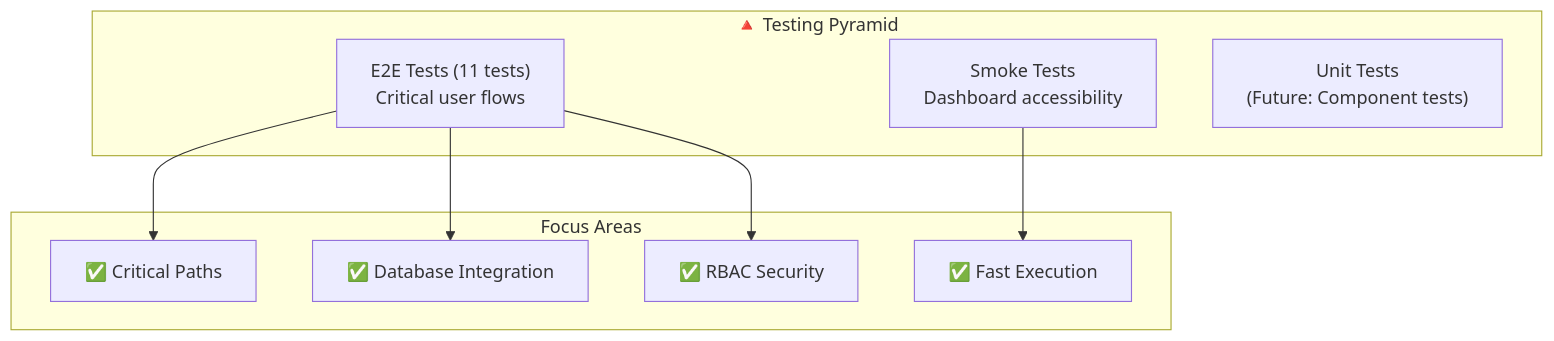
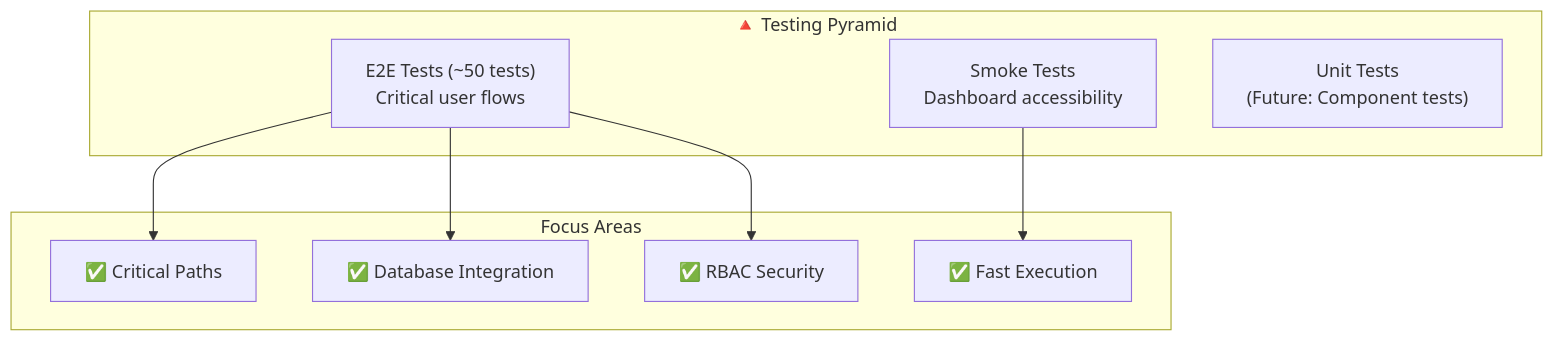
Before and after one commit to blackjac7/website-school-smpipyakin: the first of 2 diagrams in docs/TESTING.md, drawn with Mermaid. The commit also changed other lines of this file and 3 other files, not shown here.

````diff
--- a/docs/TESTING.md
+++ b/docs/TESTING.md
@@ -28,20 +28,20 @@
 ```mermaid
 graph TB
     subgraph Pyramid["🔺 Testing Pyramid"]
-        E2E["E2E Tests (11 tests)<br/>Critical user flows"]
+        E2E["E2E Tests (~50 tests)<br/>Critical user flows"]
         Smoke["Smoke Tests<br/>Dashboard accessibility"]
         Unit["Unit Tests<br/>(Future: Component tests)"]
     end
 
     subgraph Focus["Focus Areas"]
         Critical["✅ Critical Paths"]
         DB["✅ Database Integration"]
         RBAC["✅ RBAC Security"]
         Speed["✅ Fast Execution"]
     end
 
     E2E --> Critical
     E2E --> DB
     E2E --> RBAC
     Smoke --> Speed
 ```
````
